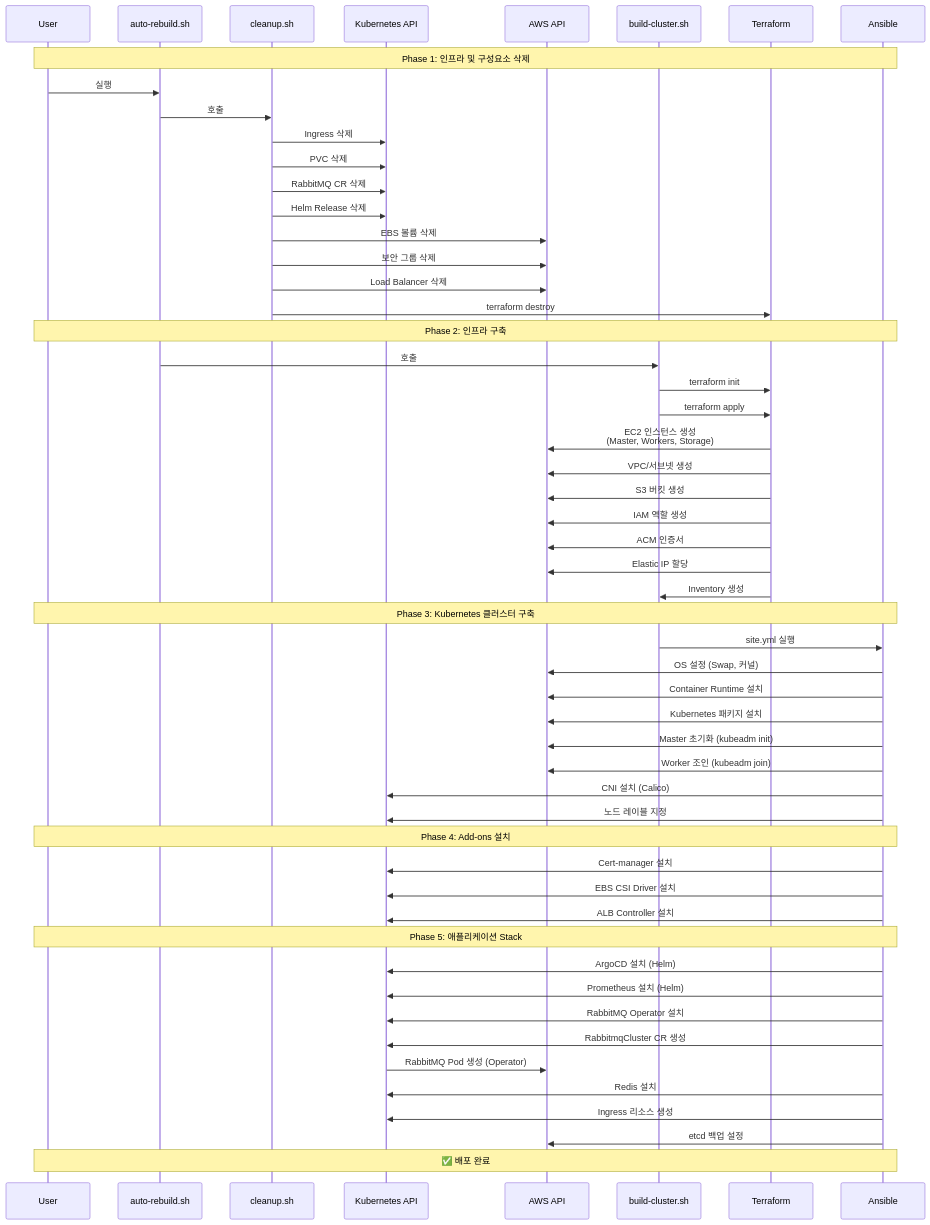
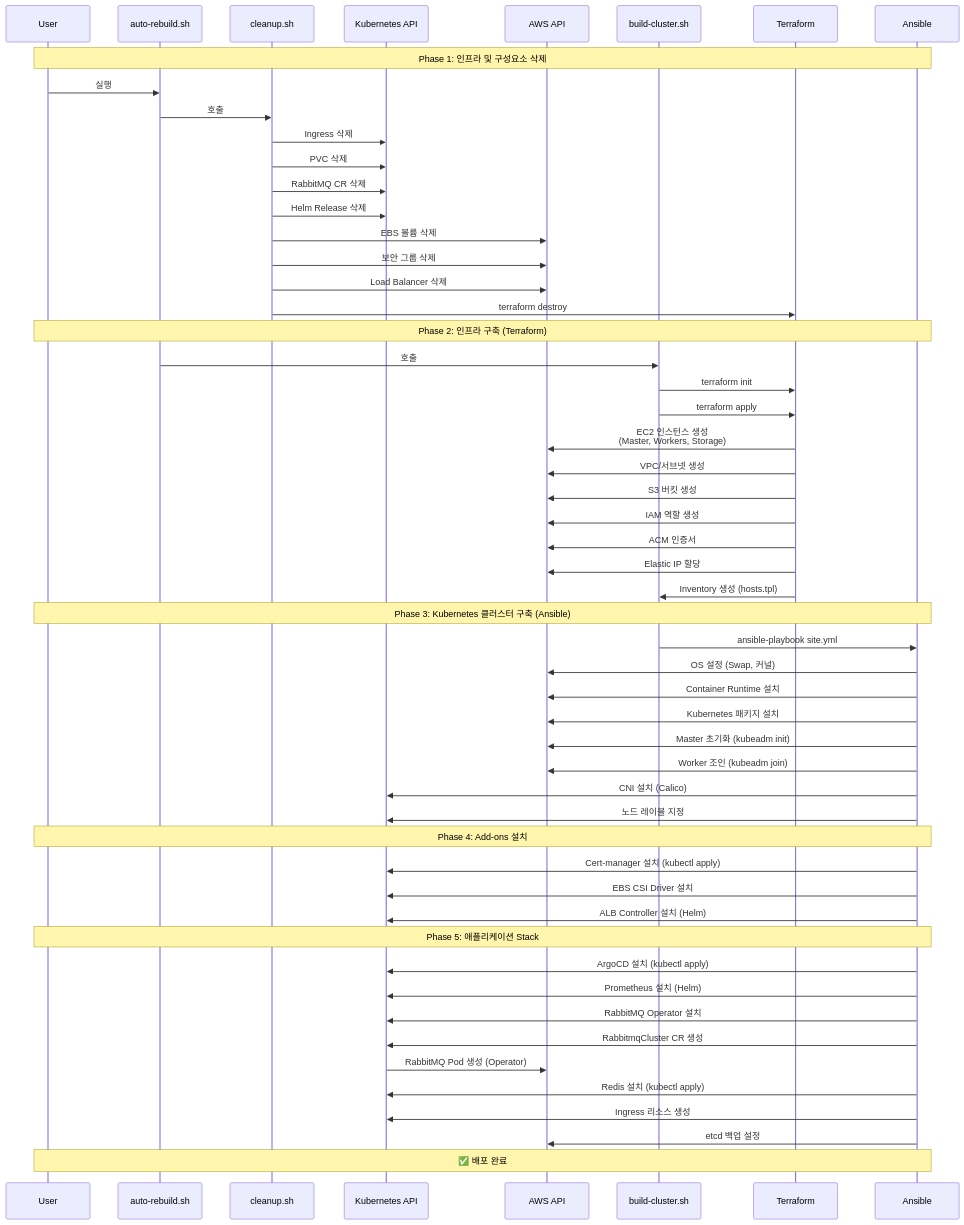
The first of 8 diagrams in docs/architecture/INFRASTRUCTURE_DEPLOYMENT_DIAGRAM.md (eco2-team/backend), drawn with Mermaid before and after one commit. The commit also changed other lines of this file and 10 other files, not shown here.

First line of the commit message:
docs: terraform/ansible 기반으로 문서 전체 업데이트

````diff
--- a/docs/architecture/INFRASTRUCTURE_DEPLOYMENT_DIAGRAM.md
+++ b/docs/architecture/INFRASTRUCTURE_DEPLOYMENT_DIAGRAM.md
@@ -7,62 +10,62 @@
 ```mermaid
 sequenceDiagram
     participant User
     participant AutoRebuild as auto-rebuild.sh
     participant Cleanup as cleanup.sh
     participant K8s as Kubernetes API
     participant AWS as AWS API
     participant Build as build-cluster.sh
     participant TF as Terraform
     participant Ansible as Ansible
     
     Note over User,Ansible: Phase 1: 인프라 및 구성요소 삭제
     User->>AutoRebuild: 실행
     AutoRebuild->>Cleanup: 호출
     Cleanup->>K8s: Ingress 삭제
     Cleanup->>K8s: PVC 삭제
     Cleanup->>K8s: RabbitMQ CR 삭제
     Cleanup->>K8s: Helm Release 삭제
     Cleanup->>AWS: EBS 볼륨 삭제
     Cleanup->>AWS: 보안 그룹 삭제
     Cleanup->>AWS: Load Balancer 삭제
     Cleanup->>TF: terraform destroy
     
-    Note over User,Ansible: Phase 2: 인프라 구축
+    Note over User,Ansible: Phase 2: 인프라 구축 (Terraform)
     AutoRebuild->>Build: 호출
     Build->>TF: terraform init
     Build->>TF: terraform apply
     TF->>AWS: EC2 인스턴스 생성<br/>(Master, Workers, Storage)
     TF->>AWS: VPC/서브넷 생성
     TF->>AWS: S3 버킷 생성
     TF->>AWS: IAM 역할 생성
     TF->>AWS: ACM 인증서
     TF->>AWS: Elastic IP 할당
-    TF->>Build: Inventory 생성
+    TF->>Build: Inventory 생성 (hosts.tpl)
     
-    Note over User,Ansible: Phase 3: Kubernetes 클러스터 구축
-    Build->>Ansible: site.yml 실행
+    Note over User,Ansible: Phase 3: Kubernetes 클러스터 구축 (Ansible)
+    Build->>Ansible: ansible-playbook site.yml
     Ansible->>AWS: OS 설정 (Swap, 커널)
     Ansible->>AWS: Container Runtime 설치
     Ansible->>AWS: Kubernetes 패키지 설치
     Ansible->>AWS: Master 초기화 (kubeadm init)
     Ansible->>AWS: Worker 조인 (kubeadm join)
     Ansible->>K8s: CNI 설치 (Calico)
     Ansible->>K8s: 노드 레이블 지정
     
     Note over User,Ansible: Phase 4: Add-ons 설치
-    Ansible->>K8s: Cert-manager 설치
+    Ansible->>K8s: Cert-manager 설치 (kubectl apply)
     Ansible->>K8s: EBS CSI Driver 설치
-    Ansible->>K8s: ALB Controller 설치
+    Ansible->>K8s: ALB Controller 설치 (Helm)
     
     Note over User,Ansible: Phase 5: 애플리케이션 Stack
-    Ansible->>K8s: ArgoCD 설치 (Helm)
+    Ansible->>K8s: ArgoCD 설치 (kubectl apply)
     Ansible->>K8s: Prometheus 설치 (Helm)
     Ansible->>K8s: RabbitMQ Operator 설치
     Ansible->>K8s: RabbitmqCluster CR 생성
     K8s->>AWS: RabbitMQ Pod 생성 (Operator)
-    Ansible->>K8s: Redis 설치
+    Ansible->>K8s: Redis 설치 (kubectl apply)
     Ansible->>K8s: Ingress 리소스 생성
     Ansible->>AWS: etcd 백업 설정
     
     Note over User,Ansible: ✅ 배포 완료
 ```
````
